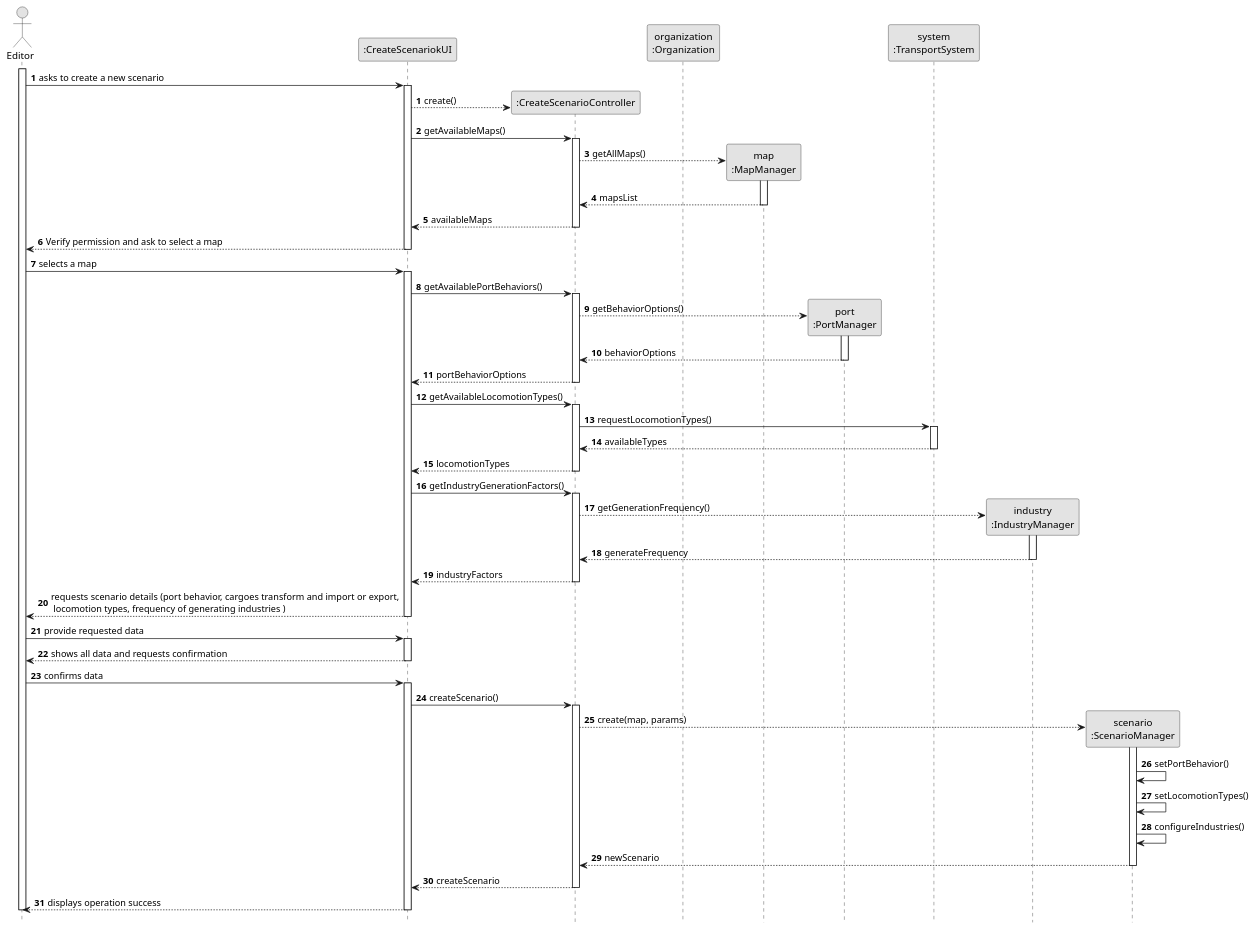
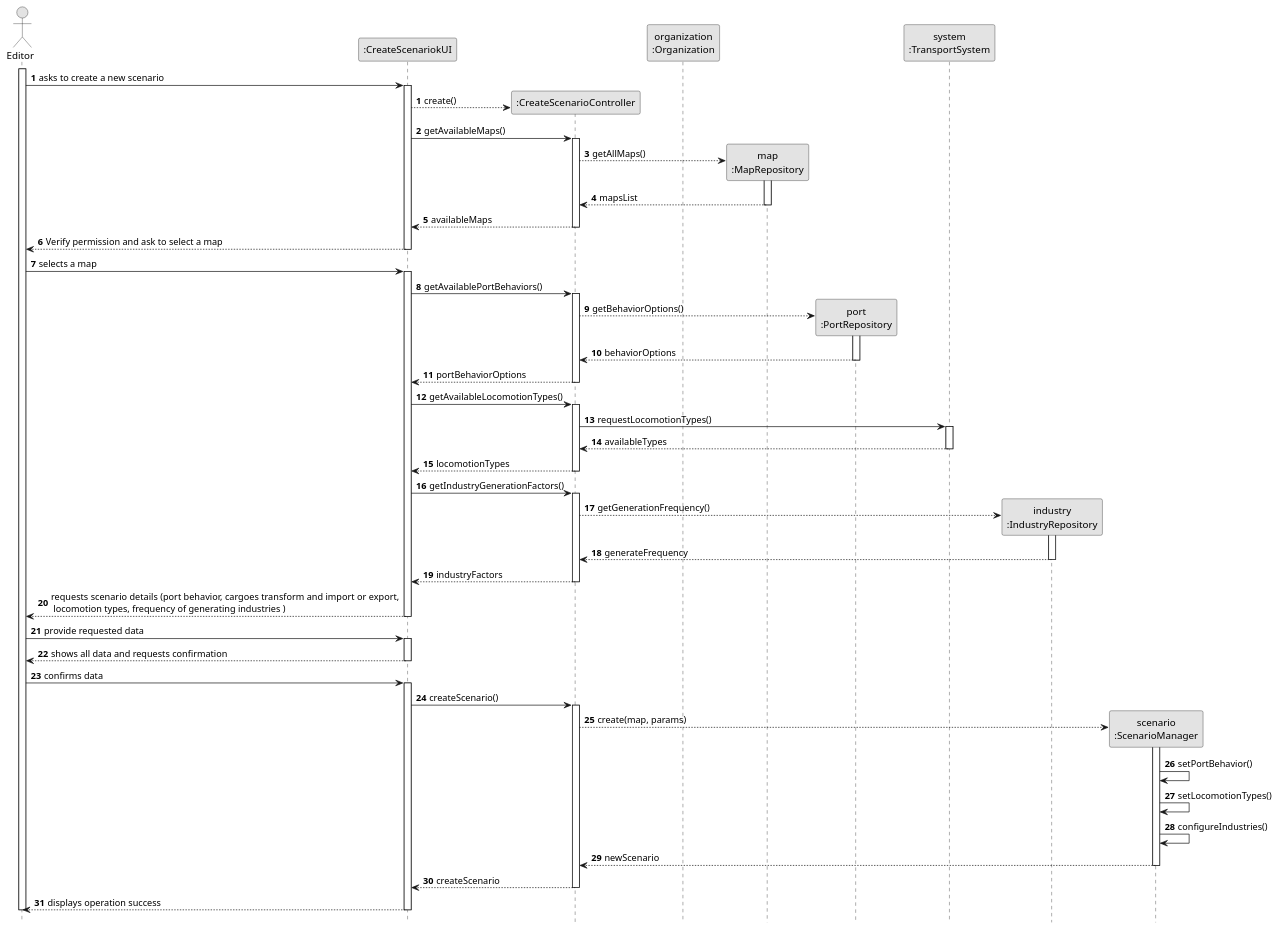
Before and after one commit to Andremonteiro1240850/railway_simulator: the diagram in Sprint2/US04/03.Design/SSD-Full.puml, drawn with PlantUML. The commit also changed 25 other files, not shown here.

```diff
--- a/Sprint2/US04/03.Design/SSD-Full.puml
+++ b/Sprint2/US04/03.Design/SSD-Full.puml
@@ -1,129 +1,129 @@
 @startuml
 skinparam monochrome true
 skinparam packageStyle rectangle
 skinparam shadowing false
 
 autonumber
 
 hide footbox
 actor "Editor" as ORG_EMPLOYEE
 
 participant ":CreateScenariokUI" as UI
 participant ":CreateScenarioController" as CTRL
 participant "organization\n:Organization" as ORG
-participant "map\n:MapManager" as MAP
-participant "port\n:PortManager" as PORT
+participant "map\n:MapRepository" as MAP
+participant "port\n:PortRepository" as PORT
 participant "system\n:TransportSystem" as TS
-participant "industry\n:IndustryManager" as IND
+participant "industry\n:IndustryRepository" as IND
 participant "scenario\n:ScenarioManager" as SCEN
 
 activate ORG_EMPLOYEE
 
     ORG_EMPLOYEE -> UI : asks to create a new scenario
     autonumber 1
 
     activate UI
         UI --> CTRL** : create()
         autonumber 2
         UI -> CTRL : getAvailableMaps()
         autonumber 3
 
         activate CTRL
             CTRL --> MAP**: getAllMaps()
             autonumber 4
             activate MAP
                 MAP --> CTRL: mapsList
                 autonumber 5
             deactivate MAP
             CTRL --> UI : availableMaps
             autonumber 6
         deactivate CTRL
 
         UI --> ORG_EMPLOYEE : Verify permission and ask to select a map
         autonumber 7
     deactivate UI
 
     ORG_EMPLOYEE -> UI : selects a map
     autonumber 8
     activate UI
         UI -> CTRL : getAvailablePortBehaviors()
         autonumber 9
 
         activate CTRL
             CTRL --> PORT**: getBehaviorOptions()
             autonumber 10
             activate PORT
                 PORT --> CTRL: behaviorOptions
                 autonumber 11
             deactivate PORT
             CTRL --> UI : portBehaviorOptions
             autonumber 12
         deactivate CTRL
 
         UI -> CTRL : getAvailableLocomotionTypes()
         autonumber 13
 
         activate CTRL
             CTRL -> TS: requestLocomotionTypes()
             autonumber 14
             activate TS
                 TS --> CTRL: availableTypes
                 autonumber 15
             deactivate TS
             CTRL --> UI : locomotionTypes
             autonumber 16
         deactivate CTRL
 
         UI -> CTRL : getIndustryGenerationFactors()
         autonumber 17
 
         activate CTRL
             CTRL --> IND**: getGenerationFrequency()
             autonumber 18
             activate IND
                 IND --> CTRL: generateFrequency
                 autonumber 19
             deactivate IND
             CTRL --> UI : industryFactors
             autonumber 20
         deactivate CTRL
 
         UI --> ORG_EMPLOYEE : requests scenario details (port behavior, cargoes transform and import or export,\n locomotion types, frequency of generating industries )
         autonumber 21
     deactivate UI
 
     ORG_EMPLOYEE -> UI : provide requested data
     autonumber 22
     activate UI
         UI --> ORG_EMPLOYEE : shows all data and requests confirmation
         autonumber 23
     deactivate UI
 
     ORG_EMPLOYEE -> UI : confirms data
     autonumber 24
     activate UI
         UI -> CTRL : createScenario()
         autonumber 25
 
         activate CTRL
             CTRL --> SCEN**: create(map, params)
             autonumber 26
             activate SCEN
                 SCEN -> SCEN: setPortBehavior()
                 autonumber 27
                 SCEN -> SCEN: setLocomotionTypes()
                 autonumber 28
                 SCEN -> SCEN: configureIndustries()
                 autonumber 29
                 SCEN --> CTRL: newScenario
                 autonumber 30
             deactivate SCEN
             CTRL --> UI: createScenario
             autonumber 31
         deactivate CTRL
         UI --> ORG_EMPLOYEE: displays operation success
         autonumber 32
     deactivate UI
 
 deactivate ORG_EMPLOYEE
 @enduml
```
